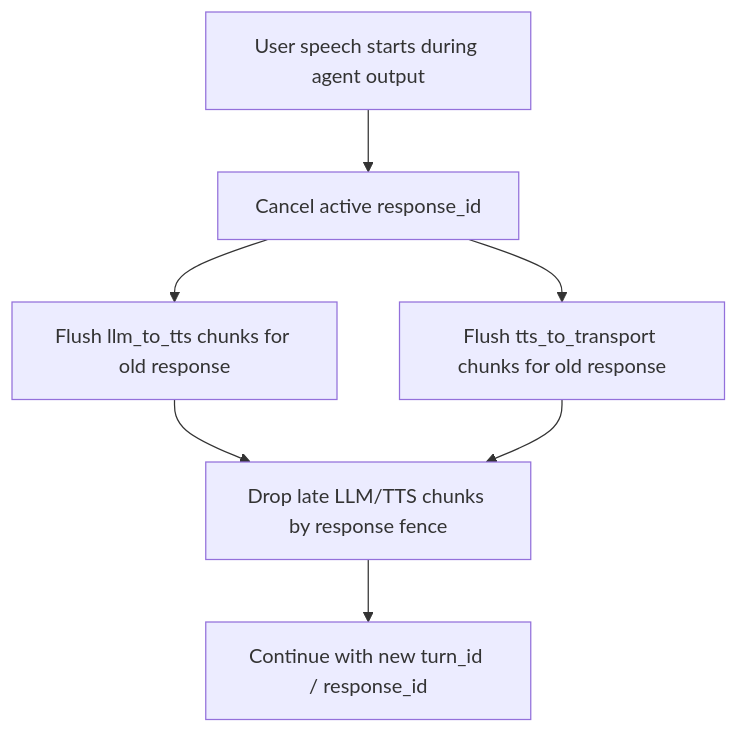
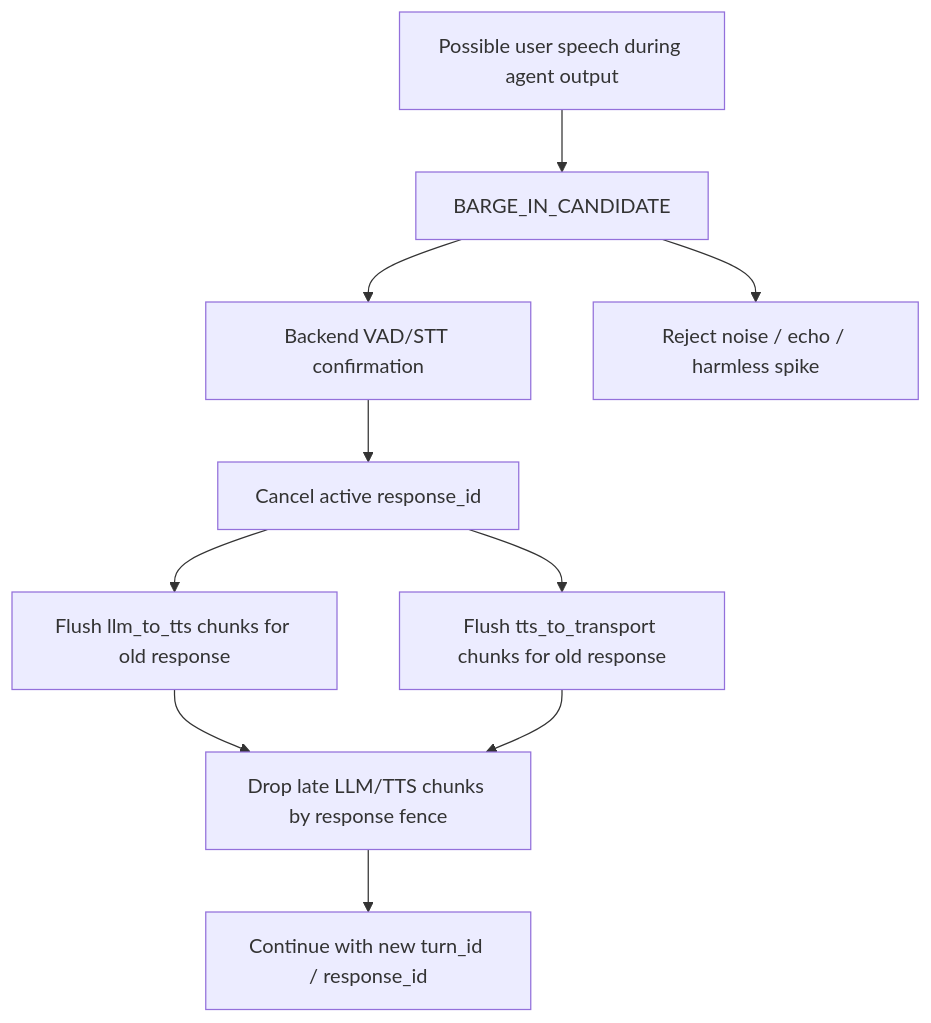
The second of 2 diagrams in docs/backpressure.md (sivagirish81/VoiceMesh), drawn with Mermaid before and after one commit. The commit also changed other lines of this file and 26 other files, not shown here.

Commit message:
feat: add confirmed barge-in flow

````diff
--- a/docs/backpressure.md
+++ b/docs/backpressure.md
@@ -79,9 +79,12 @@
 ```mermaid
 flowchart TD
-    Speech["User speech starts during agent output"] --> Cancel["Cancel active response_id"]
+    Speech["Possible user speech during agent output"] --> Candidate["BARGE_IN_CANDIDATE"]
+    Candidate --> Confirm["Backend VAD/STT confirmation"]
+    Candidate --> Reject["Reject noise / echo / harmless spike"]
+    Confirm --> Cancel["Cancel active response_id"]
     Cancel --> FlushText["Flush llm_to_tts chunks for old response"]
     Cancel --> FlushAudio["Flush tts_to_transport chunks for old response"]
     FlushText --> DropLate["Drop late LLM/TTS chunks by response fence"]
     FlushAudio --> DropLate
     DropLate --> NewTurn["Continue with new turn_id / response_id"]
 ```
````
